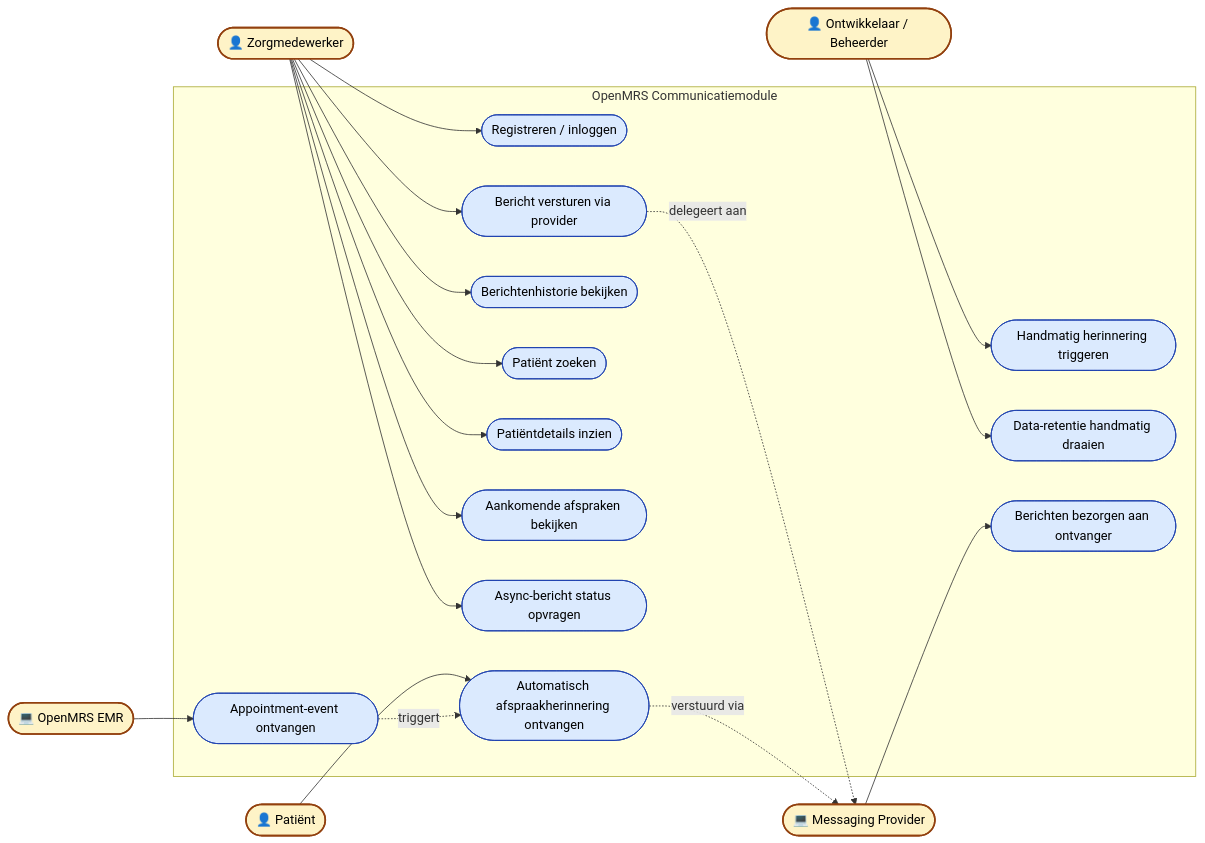
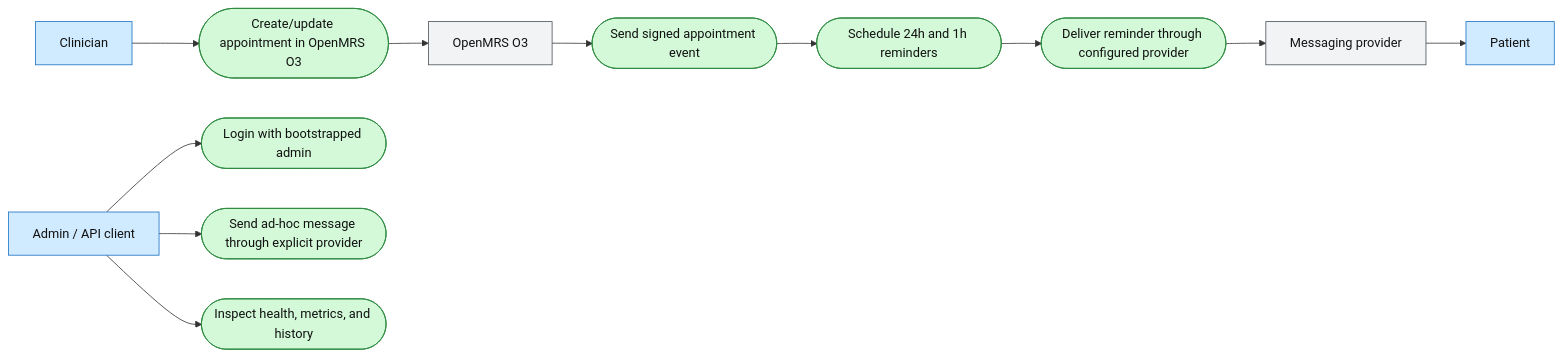
Before and after one commit to Rishyansyal/OpenMRSmoduleBackend: the diagram in docs/c4/06-use-case.md, drawn with Mermaid. The commit also changed other lines of this file and 160 other files, not shown here.

````diff
--- a/docs/c4/06-use-case.md
+++ b/docs/c4/06-use-case.md
@@ -17,47 +3,31 @@
 ```mermaid
-graph LR
-    classDef actor fill:#fef3c7,stroke:#92400e,stroke-width:2px,color:#000
-    classDef usecase fill:#dbeafe,stroke:#1e40af,stroke-width:1px,color:#000
-    classDef system fill:#e0e7ff,stroke:#4338ca,stroke-width:2px,color:#000
+flowchart LR
+    classDef actor fill:#d0ebff,stroke:#1971c2,color:#111
+    classDef usecase fill:#d3f9d8,stroke:#2b8a3e,color:#111
+    classDef ext fill:#f1f3f5,stroke:#495057,color:#111
 
-    Zorg(["👤 Zorgmedewerker"]):::actor
-    Pat(["👤 Patiënt"]):::actor
-    Dev(["👤 Ontwikkelaar / Beheerder"]):::actor
-    OM(["💻 OpenMRS EMR"]):::actor
-    MP(["💻 Messaging Provider"]):::actor
+    clinician["Clinician"]:::actor
+    admin["Admin / API client"]:::actor
+    patient["Patient"]:::actor
+    openmrs["OpenMRS O3"]:::ext
+    provider["Messaging provider"]:::ext
 
-    subgraph SYS["OpenMRS Communicatiemodule"]
-        UC1(["Registreren / inloggen"]):::usecase
-        UC2(["Bericht versturen via provider"]):::usecase
-        UC3(["Berichtenhistorie bekijken"]):::usecase
-        UC4(["Patiënt zoeken"]):::usecase
-        UC5(["Patiëntdetails inzien"]):::usecase
-        UC6(["Aankomende afspraken bekijken"]):::usecase
-        UC7(["Async-bericht status opvragen"]):::usecase
-        UC8(["Automatisch afspraakherinnering ontvangen"]):::usecase
-        UC9(["Appointment-event ontvangen"]):::usecase
-        UC10(["Handmatig herinnering triggeren"]):::usecase
-        UC11(["Data-retentie handmatig draaien"]):::usecase
-        UC12(["Berichten bezorgen aan ontvanger"]):::usecase
-    end
+    uc1(["Create/update appointment in OpenMRS O3"]):::usecase
+    uc2(["Send signed appointment event"]):::usecase
+    uc3(["Schedule 24h and 1h reminders"]):::usecase
+    uc4(["Deliver reminder through configured provider"]):::usecase
+    uc5(["Login with bootstrapped admin"]):::usecase
+    uc6(["Send ad-hoc message through explicit provider"]):::usecase
+    uc7(["Inspect health, metrics, and history"]):::usecase
 
-    Zorg --> UC1
-    Zorg --> UC2
-    Zorg --> UC3
-    Zorg --> UC4
-    Zorg --> UC5
-    Zorg --> UC6
-    Zorg --> UC7
-
-    Pat --> UC8
-
-    Dev --> UC10
-    Dev --> UC11
-
-    OM --> UC9
-    UC9 -.->|triggert| UC8
-
-    MP --> UC12
-    UC2 -.->|delegeert aan| MP
-    UC8 -.->|verstuurd via| MP
+    clinician --> uc1
+    uc1 --> openmrs
+    openmrs --> uc2
+    uc2 --> uc3
+    uc3 --> uc4
+    uc4 --> provider
+    provider --> patient
+    admin --> uc5
+    admin --> uc6
+    admin --> uc7
 ```
````
